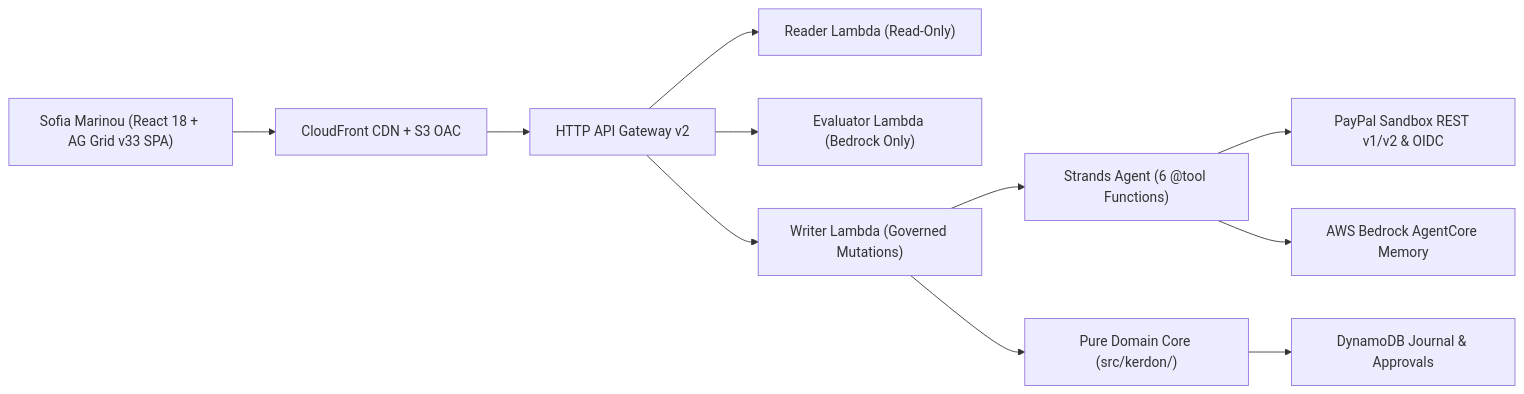
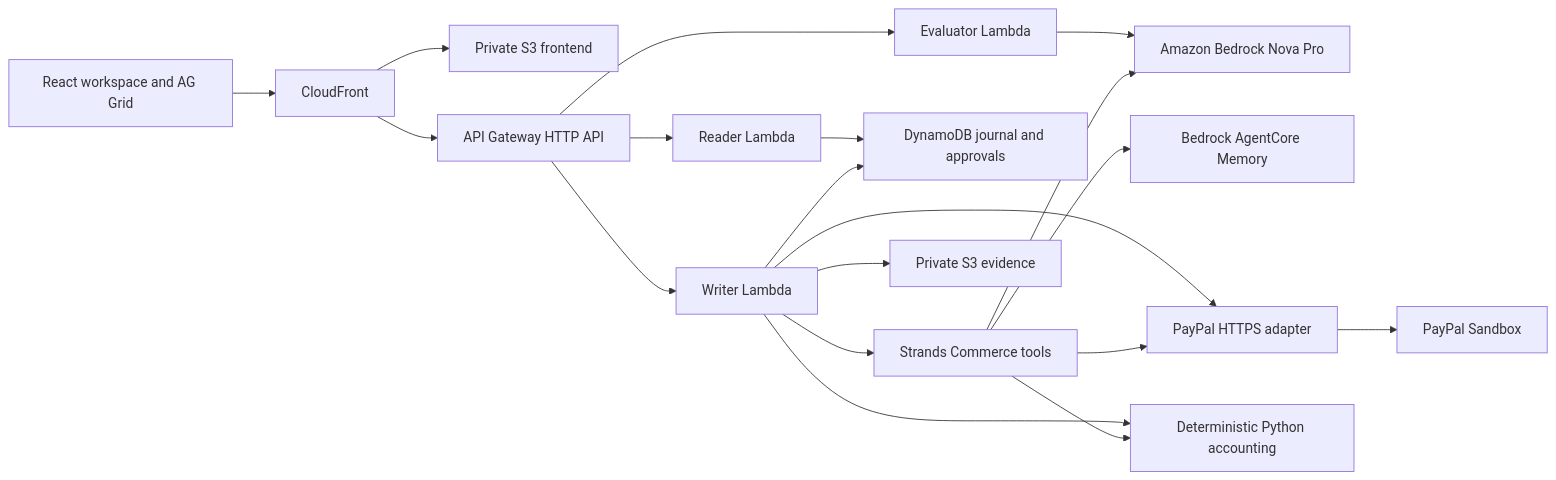
One commit to upgradedev/kerdon-paypal-erp changed the second of 2 diagrams in README.md. Above: the diagram before and after it, drawn with Mermaid. The commit also changed other lines of this file and 23 other files, not shown here.

Commit message:
Verify PayPal Sandbox checkout and polish submission

````diff
--- a/README.md
+++ b/README.md
@@ -49,13 +75,21 @@
 ```mermaid
 flowchart LR
-    U["Sofia Marinou (React 18 + AG Grid v33 SPA)"] --> CF["CloudFront CDN + S3 OAC"]
-    CF --> APIGW["HTTP API Gateway v2"]
-    APIGW --> R["Reader Lambda (Read-Only)"]
-    APIGW --> E["Evaluator Lambda (Bedrock Only)"]
-    APIGW --> W["Writer Lambda (Governed Mutations)"]
-    W --> AGENT["Strands Agent (6 @tool Functions)"]
-    AGENT --> PP["PayPal Sandbox REST v1/v2 & OIDC"]
-    W --> CORE["Pure Domain Core (src/kerdon/)"]
-    CORE --> DDB["DynamoDB Journal & Approvals"]
-    AGENT --> MEM["AWS Bedrock AgentCore Memory"]
+    Browser["React workspace and AG Grid"] --> Edge["CloudFront"]
+    Edge --> Web["Private S3 frontend"]
+    Edge --> API["API Gateway HTTP API"]
+    API --> Read["Reader Lambda"]
+    API --> Eval["Evaluator Lambda"]
+    API --> Write["Writer Lambda"]
+    Read --> DB["DynamoDB journal and approvals"]
+    Eval --> Nova["Amazon Bedrock Nova Pro"]
+    Write --> Tools["Strands Commerce tools"]
+    Tools --> Nova
+    Tools --> Memory["Bedrock AgentCore Memory"]
+    Write --> Adapter["PayPal HTTPS adapter"]
+    Tools --> Adapter
+    Adapter --> PayPal["PayPal Sandbox"]
+    Write --> Core["Deterministic Python accounting"]
+    Tools --> Core
+    Write --> DB
+    Write --> Evidence["Private S3 evidence"]
 ```
````
